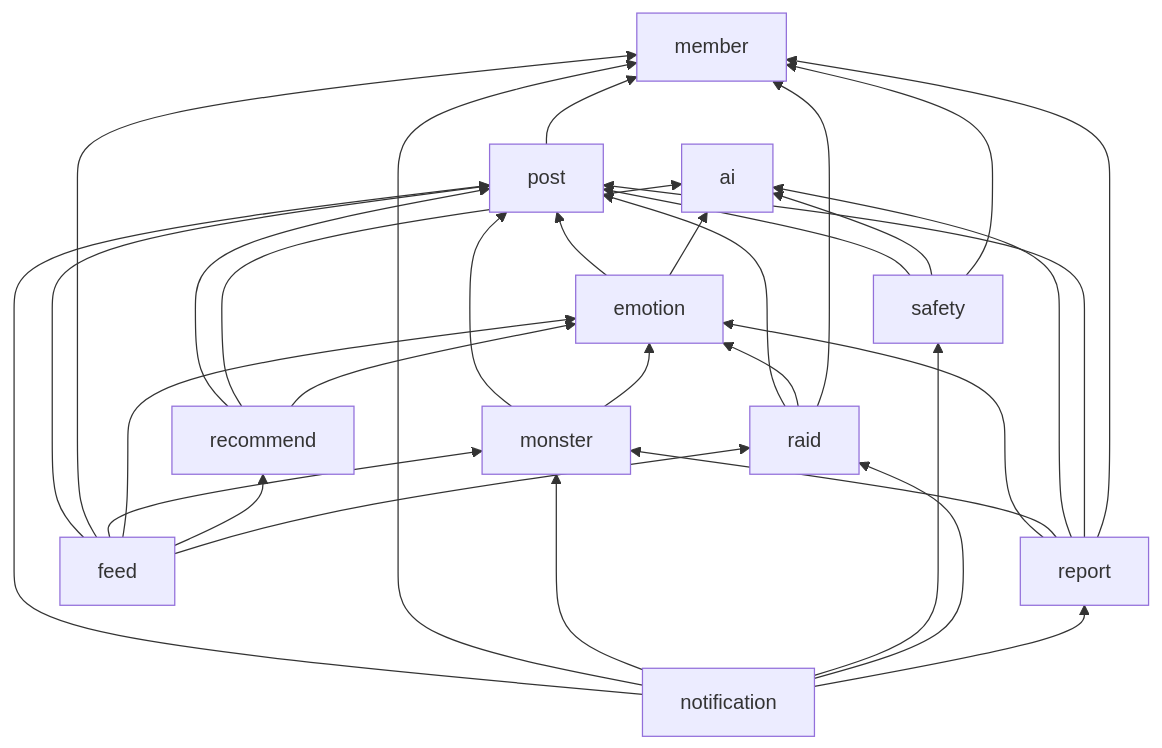
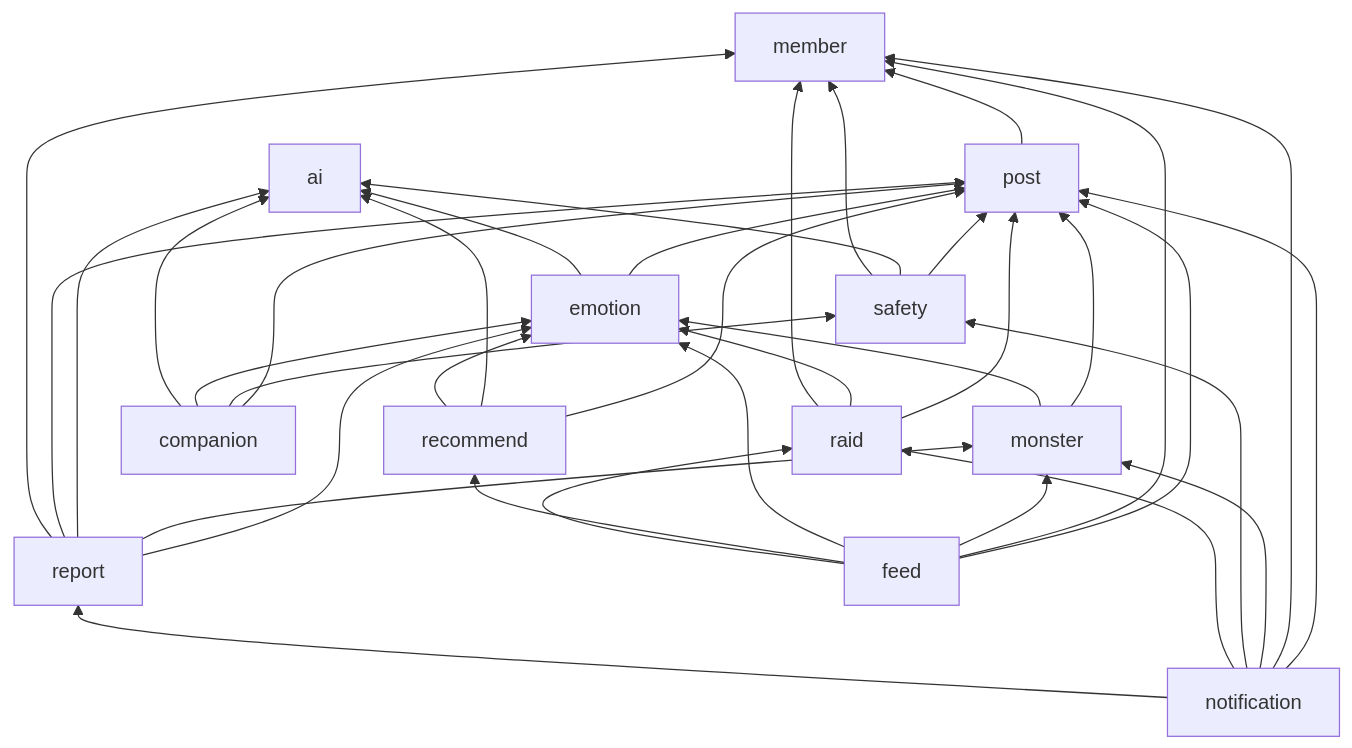
One commit to hyunolike/5959 changed the second of 5 diagrams in docs/architecture/overview.md. Above: the diagram before and after it, drawn with Mermaid. The commit also changed other lines of this file and 118 other files, not shown here.

````diff
--- a/docs/architecture/overview.md
+++ b/docs/architecture/overview.md
@@ -135,34 +136,38 @@
 ```mermaid
 flowchart BT
     post --> member
     emotion --> post
     emotion --> ai
     safety --> post
     safety --> ai
     safety --> member
     recommend --> post
     recommend --> ai
     recommend --> emotion
     monster --> post
     monster --> emotion
     raid --> post
     raid --> emotion
     raid --> member
     report --> emotion
     report --> monster
     report --> ai
     report --> post
     report --> member
+    companion --> post
+    companion --> safety
+    companion --> emotion
+    companion --> ai
     notification --> post
     notification --> member
     notification --> monster
     notification --> safety
     notification --> raid
     notification --> report
     feed --> post
     feed --> member
     feed --> monster
     feed --> emotion
     feed --> recommend
     feed --> raid
 ```
````
